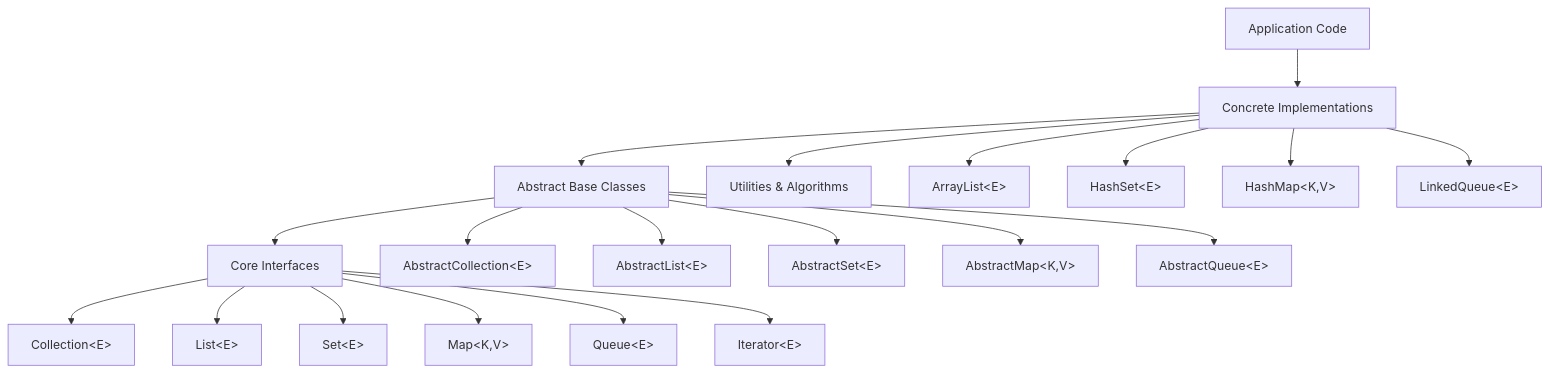
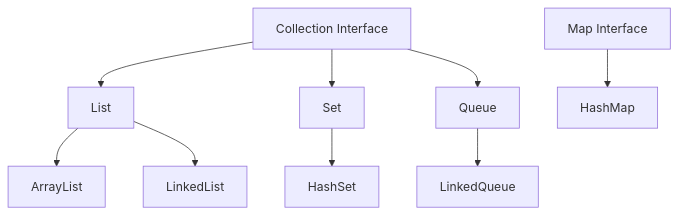
One commit to Karelaking/ts-collections changed the diagram in README.md. Above: the diagram before and after it, drawn with Mermaid. The commit also changed other lines of this file, not shown here.

````diff
--- a/README.md
+++ b/README.md
@@ -41,25 +117,11 @@
 ```mermaid
 graph TD
-    A[Application Code] --> B[Concrete Implementations]
-    B --> C[Abstract Base Classes]
-    C --> D[Core Interfaces]
-    B --> E[Utilities & Algorithms]
-    
-    D --> D1[Collection&lt;E&gt;]
-    D --> D2[List&lt;E&gt;]
-    D --> D3[Set&lt;E&gt;]
-    D --> D4[Map&lt;K,V&gt;]
-    D --> D5[Queue&lt;E&gt;]
-    D --> D6[Iterator&lt;E&gt;]
-    
-    C --> C1[AbstractCollection&lt;E&gt;]
-    C --> C2[AbstractList&lt;E&gt;]
-    C --> C3[AbstractSet&lt;E&gt;]
-    C --> C4[AbstractMap&lt;K,V&gt;]
-    C --> C5[AbstractQueue&lt;E&gt;]
-    
-    B --> B1[ArrayList&lt;E&gt;]
-    B --> B2[HashSet&lt;E&gt;]
-    B --> B3[HashMap&lt;K,V&gt;]
-    B --> B4[LinkedQueue&lt;E&gt;]
+    A[Collection Interface] --> B[List]
+    A --> C[Set]
+    A --> D[Queue]
+    E[Map Interface] --> F[HashMap]
+    B --> G[ArrayList]
+    B --> H[LinkedList]
+    C --> I[HashSet]
+    D --> J[LinkedQueue]
 ```
````
